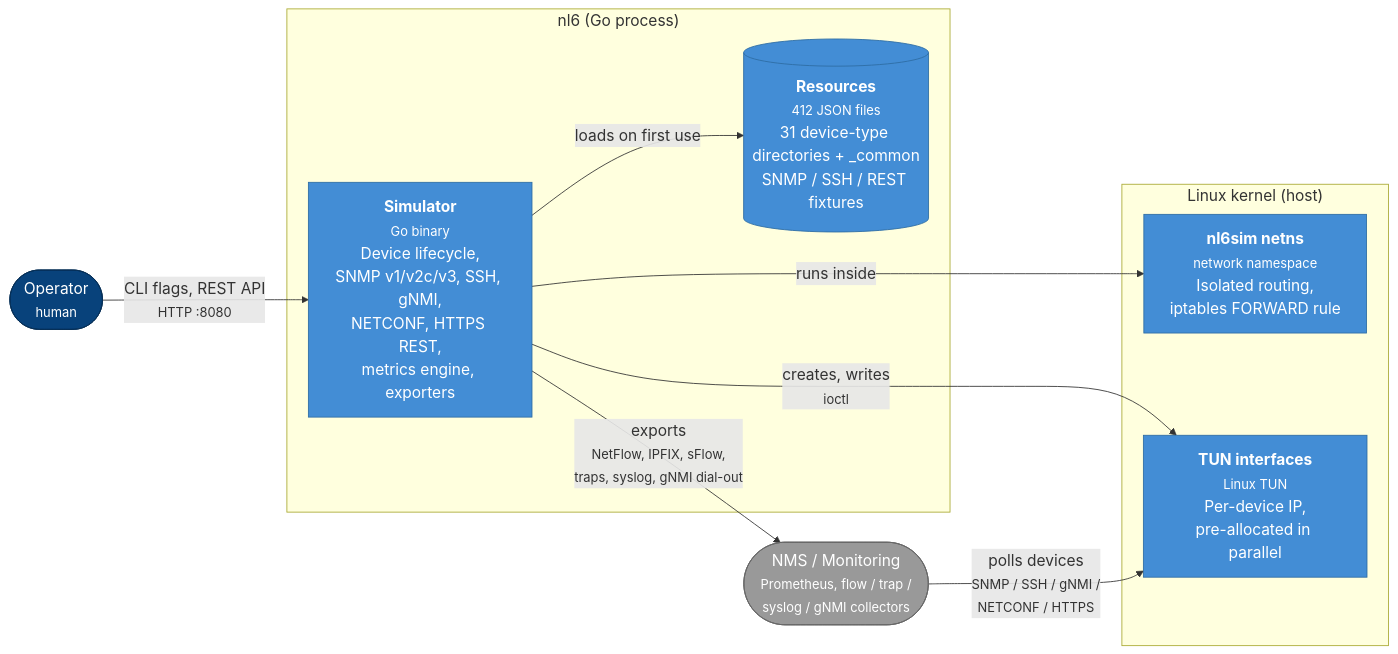
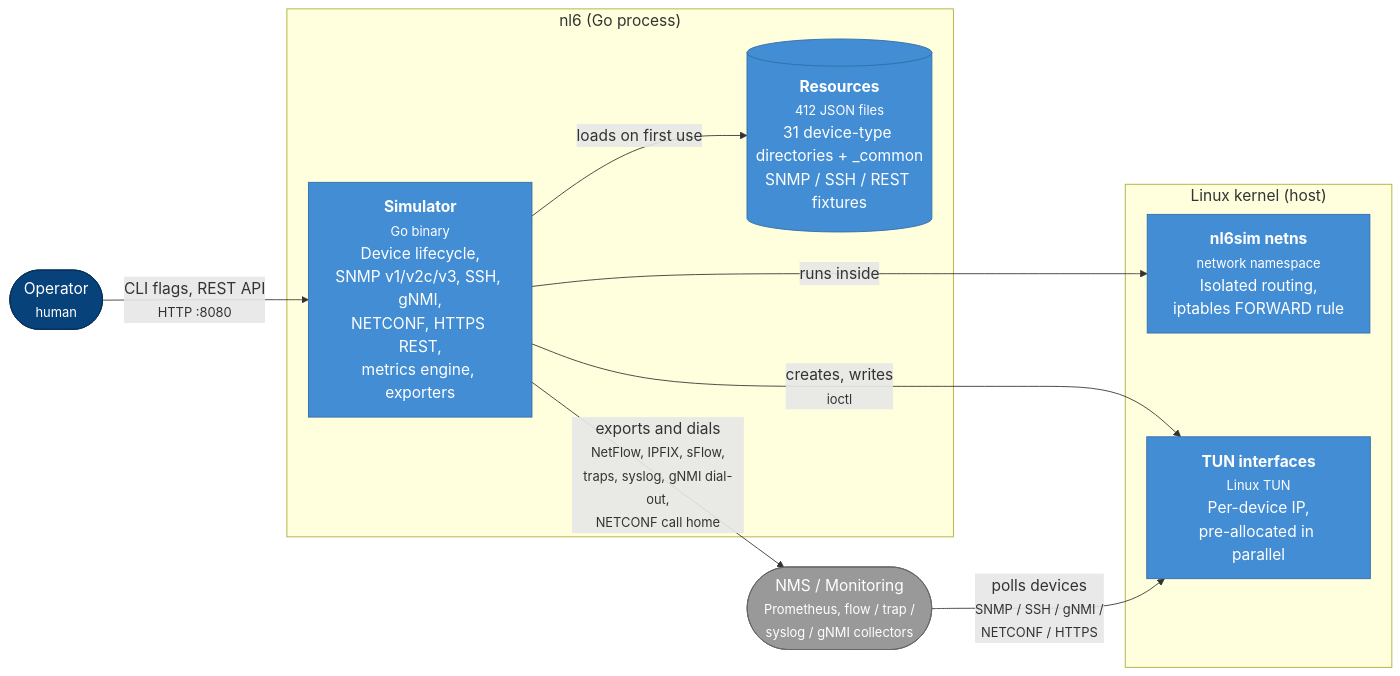
The diagram in docs/explanation/architecture.md (labmonkeys-space/nl6), drawn with Mermaid before and after one commit. The commit also changed other lines of this file and 5 other files, not shown here.

First line of the commit message:
docs: cover NETCONF call home outside the NETCONF reference (#967)

````diff
--- a/docs/explanation/architecture.md
+++ b/docs/explanation/architecture.md
@@ -16,28 +16,28 @@
 ```mermaid
 %%{init: {'themeVariables': {'fontSize': '18px'}}}%%
 flowchart LR
     operator(["Operator<br/><small>human</small>"]):::person
     nms(["NMS / Monitoring<br/><small>Prometheus, flow / trap /<br/>syslog / gNMI collectors</small>"]):::ext
 
     subgraph nl6 ["nl6 (Go process)"]
         simulator["<b>Simulator</b><br/><small>Go binary</small><br/>Device lifecycle,<br/>SNMP v1/v2c/v3, SSH, gNMI,<br/>NETCONF, HTTPS REST,<br/>metrics engine, exporters"]
         resources[("<b>Resources</b><br/><small>412 JSON files</small><br/>31 device-type directories + _common<br/>SNMP / SSH / REST fixtures")]
     end
 
     subgraph kernel ["Linux kernel (host)"]
         netns["<b>nl6sim netns</b><br/><small>network namespace</small><br/>Isolated routing,<br/>iptables FORWARD rule"]
         tun["<b>TUN interfaces</b><br/><small>Linux TUN</small><br/>Per-device IP,<br/>pre-allocated in parallel"]
     end
 
     operator -->|"CLI flags, REST API<br/><small>HTTP :8080</small>"| simulator
     simulator -->|loads on first use| resources
     simulator -->|creates, writes<br/><small>ioctl</small>| tun
     simulator -->|runs inside| netns
     nms -->|"polls devices<br/><small>SNMP / SSH / gNMI /<br/>NETCONF / HTTPS</small>"| tun
-    simulator -->|"exports<br/><small>NetFlow, IPFIX, sFlow,<br/>traps, syslog, gNMI dial-out</small>"| nms
+    simulator -->|"exports and dials<br/><small>NetFlow, IPFIX, sFlow,<br/>traps, syslog, gNMI dial-out,<br/>NETCONF call home</small>"| nms
 
     classDef person fill:#08427b,stroke:#052e56,color:#fff
     classDef ext fill:#999,stroke:#666,color:#fff
     classDef default fill:#438dd5,stroke:#2e6da4,color:#fff
     class simulator,resources,netns,tun default
 ```
````
